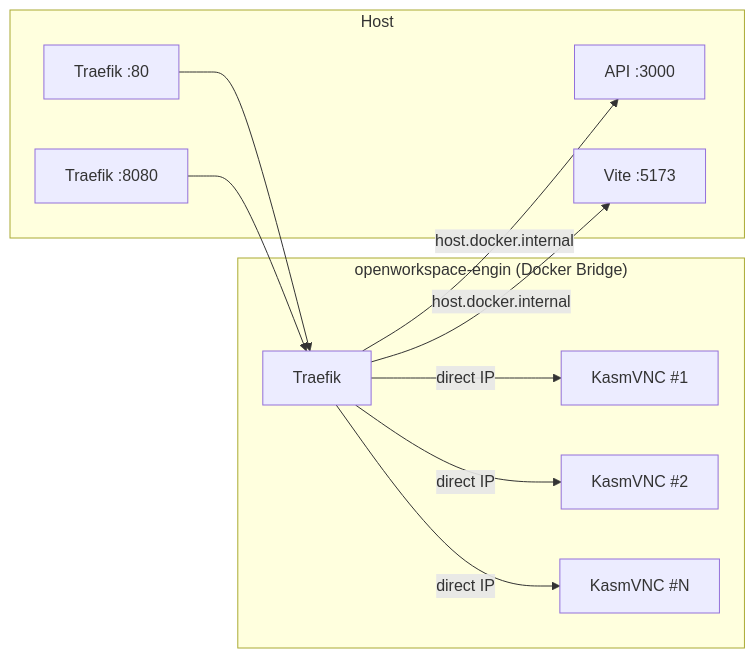
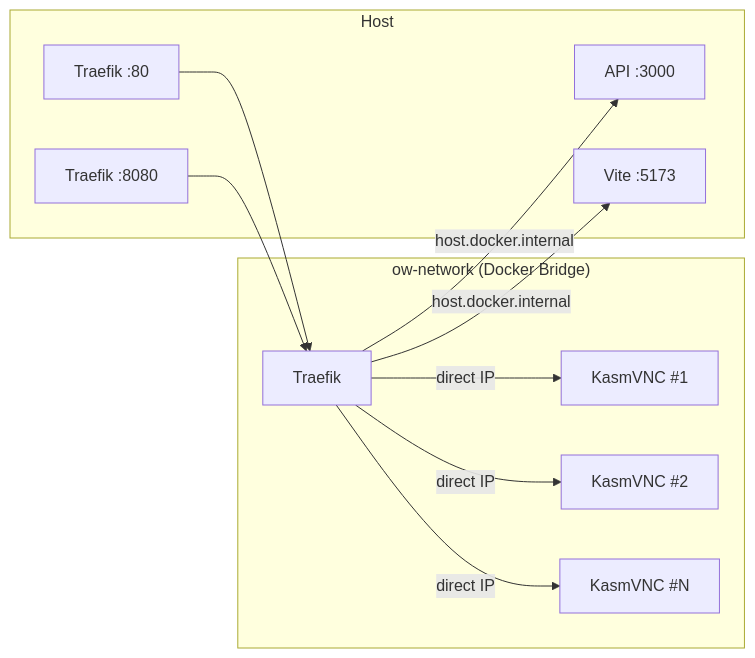
One commit to TsukiSama9292/OpenWorkspace-Engine changed the sixth of 7 diagrams in docs/architecture.md. Above: the diagram before and after it, drawn with Mermaid. The commit also changed other lines of this file and 13 other files, not shown here.

````diff
--- a/docs/architecture.md
+++ b/docs/architecture.md
@@ -298,24 +298,24 @@
 ```mermaid
 graph LR
     subgraph "Host"
         API_PORT["API :3000"]
         VITE_PORT["Vite :5173"]
         TRAEFIK_PORT["Traefik :80"]
         TRAEFIK_DASH["Traefik :8080"]
     end
 
-    subgraph "openworkspace-engin (Docker Bridge)"
+    subgraph "ow-network (Docker Bridge)"
         TRAEFIK_N["Traefik"]
         KASM1_N["KasmVNC #1"]
         KASM2_N["KasmVNC #2"]
         KASMN_N["KasmVNC #N"]
     end
 
     TRAEFIK_PORT --> TRAEFIK_N
     TRAEFIK_DASH --> TRAEFIK_N
     TRAEFIK_N -->|"host.docker.internal"| API_PORT
     TRAEFIK_N -->|"host.docker.internal"| VITE_PORT
     TRAEFIK_N -->|"direct IP"| KASM1_N
     TRAEFIK_N -->|"direct IP"| KASM2_N
     TRAEFIK_N -->|"direct IP"| KASMN_N
 ```
````
